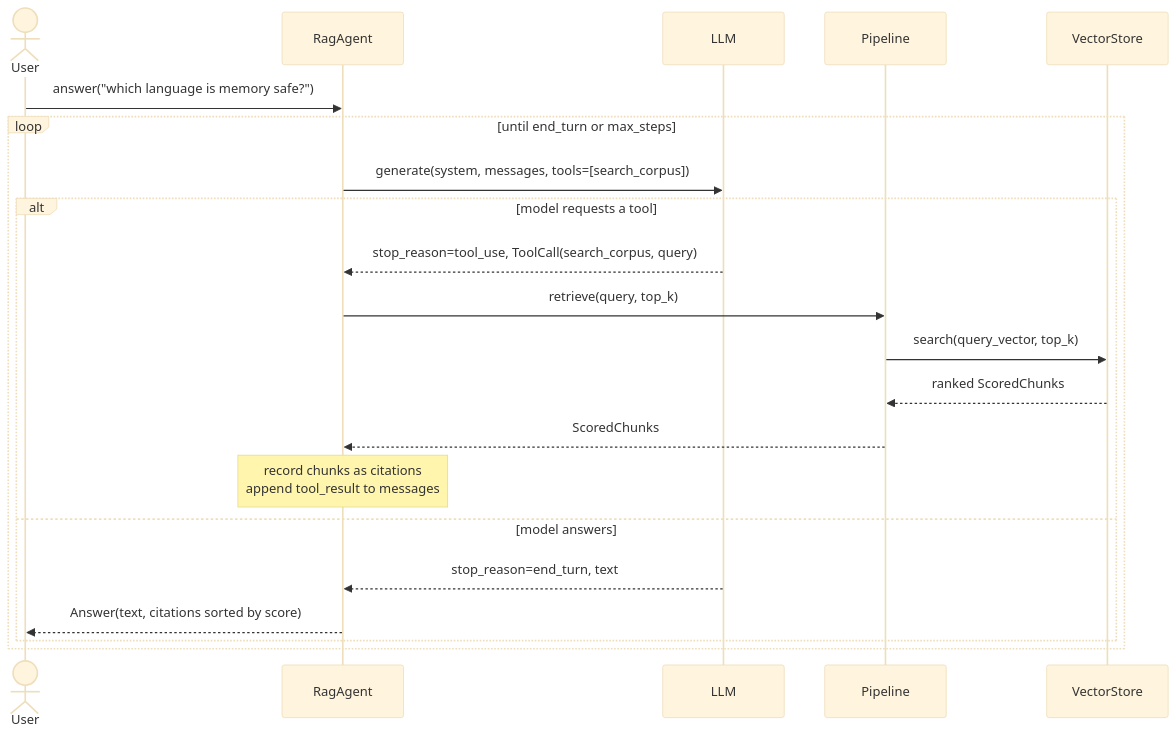
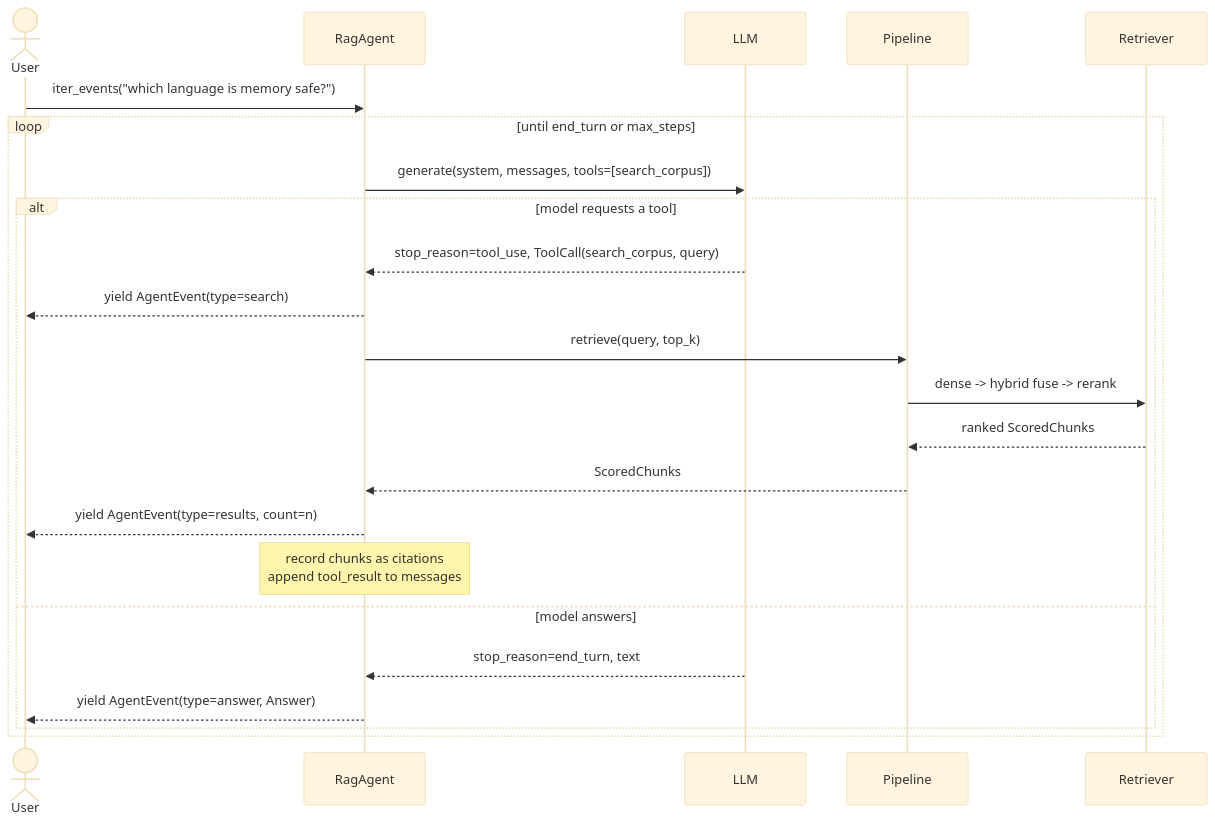
One commit to cnfuse/ragforge changed the second of 2 diagrams in docs/architecture/04-code.md. Above: the diagram before and after it, drawn with Mermaid (base theme). The commit also changed other lines of this file and 3 other files, not shown here.

First line of the commit message:
docs: refresh C4 model for rerank, hybrid retrieval, and streaming

````diff
--- a/docs/architecture/04-code.md
+++ b/docs/architecture/04-code.md
@@ -102,24 +121,26 @@
 ```mermaid
 sequenceDiagram
     actor User
     participant Agent as RagAgent
     participant LLM
     participant Pipeline
-    participant Store as VectorStore
+    participant Retriever
 
-    User->>Agent: answer("which language is memory safe?")
+    User->>Agent: iter_events("which language is memory safe?")
     loop until end_turn or max_steps
         Agent->>LLM: generate(system, messages, tools=[search_corpus])
         alt model requests a tool
             LLM-->>Agent: stop_reason=tool_use, ToolCall(search_corpus, query)
+            Agent-->>User: yield AgentEvent(type=search)
             Agent->>Pipeline: retrieve(query, top_k)
-            Pipeline->>Store: search(query_vector, top_k)
-            Store-->>Pipeline: ranked ScoredChunks
+            Pipeline->>Retriever: dense -> hybrid fuse -> rerank
+            Retriever-->>Pipeline: ranked ScoredChunks
             Pipeline-->>Agent: ScoredChunks
+            Agent-->>User: yield AgentEvent(type=results, count=n)
             Note over Agent: record chunks as citations<br/>append tool_result to messages
         else model answers
             LLM-->>Agent: stop_reason=end_turn, text
-            Agent-->>User: Answer(text, citations sorted by score)
+            Agent-->>User: yield AgentEvent(type=answer, Answer)
         end
     end
 ```
````
